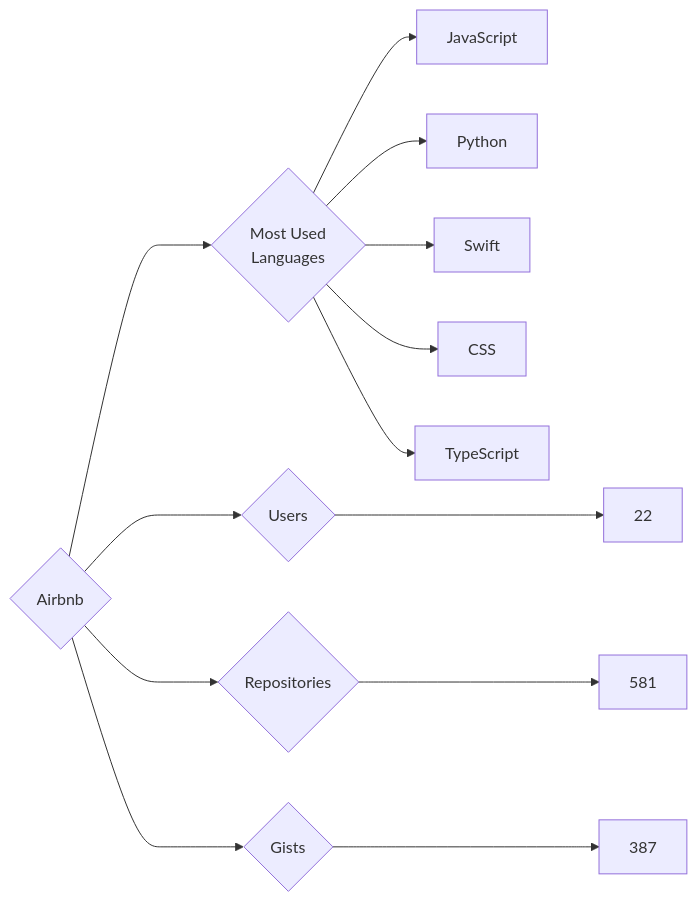
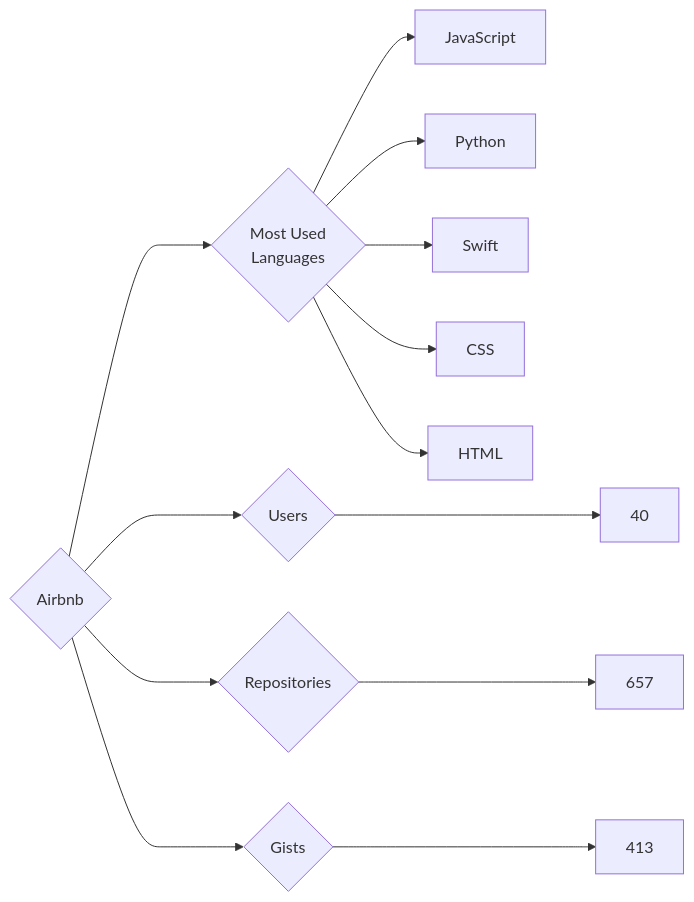
Before and after one commit to trickest/insiders: the diagram in targets/Airbnb/README.md, drawn with Mermaid. The commit also changed 900 other files, not shown here.

````diff
--- a/targets/Airbnb/README.md
+++ b/targets/Airbnb/README.md
@@ -3,13 +3,13 @@
 ```mermaid
 graph LR
 COMPANY_NAME{Airbnb}
-COMPANY_NAME ---> U{Users} ---> UN[22]
-COMPANY_NAME ---> R{Repositories} ---> RN[581]
-COMPANY_NAME ---> G{Gists} ---> GN[387]
+COMPANY_NAME ---> U{Users} ---> UN[40]
+COMPANY_NAME ---> R{Repositories} ---> RN[657]
+COMPANY_NAME ---> G{Gists} ---> GN[413]
 COMPANY_NAME ---> ML{Most Used<br>Languages}
 ML --> JavaScript[JavaScript]
 ML --> Python[Python]
 ML --> Swift[Swift]
 ML --> CSS[CSS]
-ML --> TypeScript[TypeScript]
+ML --> HTML[HTML]
 ```
````
